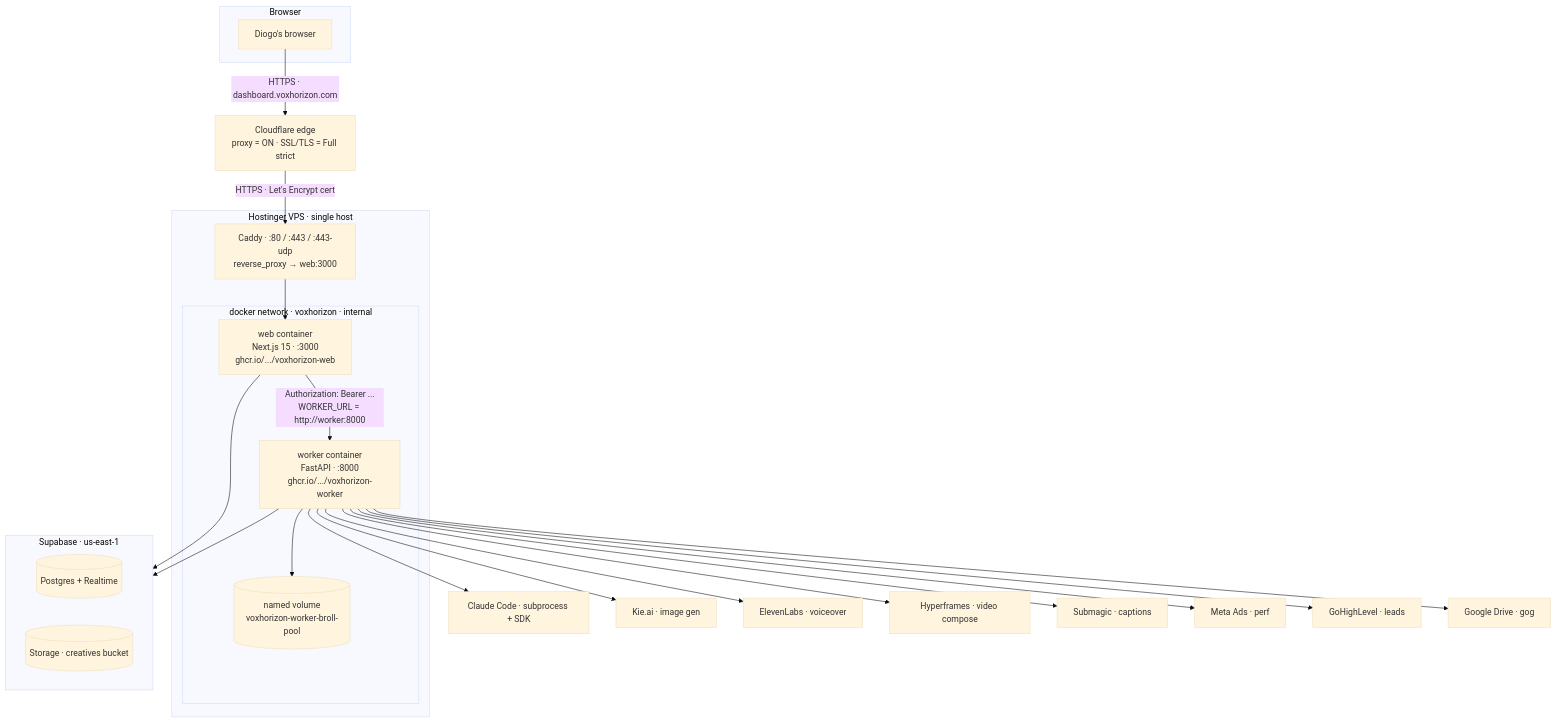
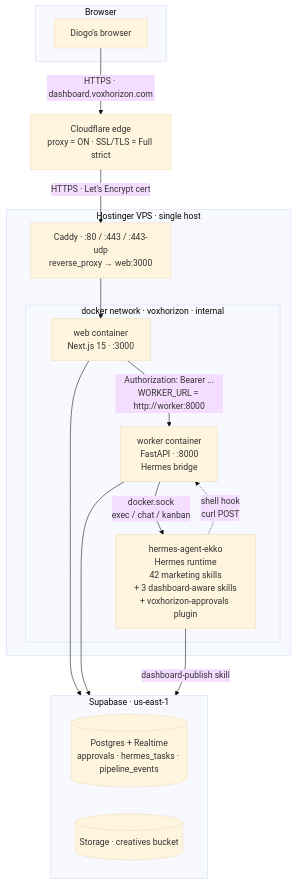
The diagram in ARCHITECTURE.md (MoggingLabs/Diogo-Silva-VoxHorizon-Marketing-Control-Panel), drawn with Mermaid (base theme) before and after one commit. The commit also changed other lines of this file and 9 other files, not shown here.

````diff
--- a/ARCHITECTURE.md
+++ b/ARCHITECTURE.md
@@ -102,38 +117,31 @@
 ```mermaid
 flowchart TD
   subgraph Browser
     UI[Diogo's browser]
   end
 
   UI -->|HTTPS · dashboard.voxhorizon.com| CF[Cloudflare edge<br/>proxy = ON · SSL/TLS = Full strict]
   CF -->|HTTPS · Let's Encrypt cert| Caddy
 
   subgraph VPS[Hostinger VPS · single host]
     Caddy[Caddy · :80 / :443 / :443-udp<br/>reverse_proxy → web:3000]
     subgraph DockerNet[docker network · voxhorizon · internal]
-      Web[web container<br/>Next.js 15 · :3000<br/>ghcr.io/.../voxhorizon-web]
-      Worker[worker container<br/>FastAPI · :8000<br/>ghcr.io/.../voxhorizon-worker]
-      Pool[(named volume<br/>voxhorizon-worker-broll-pool)]
+      Web[web container<br/>Next.js 15 · :3000]
+      Worker[worker container<br/>FastAPI · :8000<br/>Hermes bridge]
+      Ekko[hermes-agent-ekko<br/>Hermes runtime<br/>42 marketing skills<br/>+ 3 dashboard-aware skills<br/>+ voxhorizon-approvals plugin]
     end
     Caddy --> Web
     Web -->|Authorization: Bearer ...<br/>WORKER_URL = http://worker:8000| Worker
-    Worker --> Pool
+    Worker -->|docker.sock<br/>exec / chat / kanban| Ekko
+    Ekko -.->|shell hook<br/>curl POST| Worker
   end
 
   subgraph Supabase[Supabase · us-east-1]
-    PG[(Postgres + Realtime)]
+    PG[(Postgres + Realtime<br/>approvals · hermes_tasks · pipeline_events)]
     Storage[(Storage · creatives bucket)]
   end
 
   Web --> Supabase
   Worker --> Supabase
-
-  Worker --> Claude[Claude Code · subprocess + SDK]
-  Worker --> Kie[Kie.ai · image gen]
-  Worker --> EL[ElevenLabs · voiceover]
-  Worker --> Hyper[Hyperframes · video compose]
-  Worker --> Sub[Submagic · captions]
-  Worker --> Meta[Meta Ads · perf]
-  Worker --> GHL[GoHighLevel · leads]
-  Worker --> Drive[Google Drive · gog]
+  Ekko -->|dashboard-publish skill| Supabase
 ```
````
